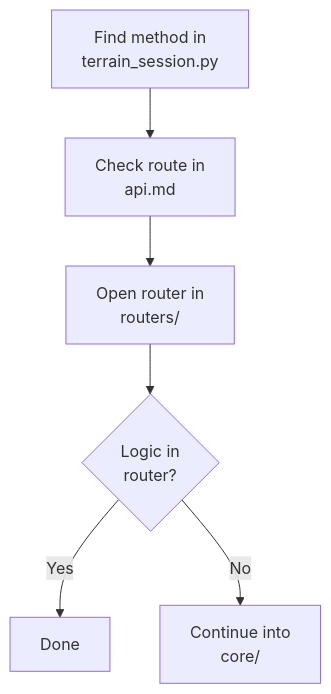
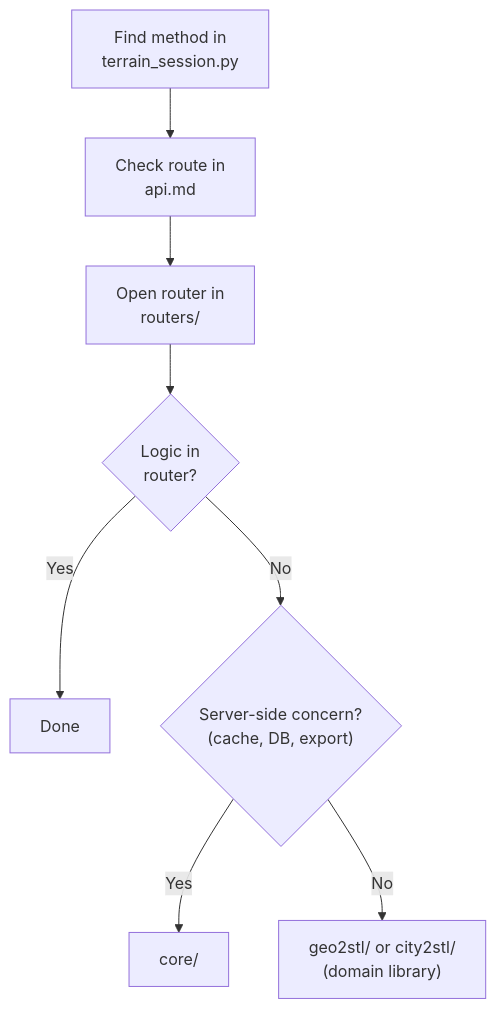
The third of 3 diagrams in docs/sdk-workflow.md (EdgarCardenasDeLaHoz/map2stl), drawn with Mermaid before and after one commit. The commit also changed other lines of this file and 8 other files, not shown here.

````diff
--- a/docs/sdk-workflow.md
+++ b/docs/sdk-workflow.md
@@ -70,8 +72,10 @@
 ```mermaid
 flowchart TD
     A["Find method in<br/>terrain_session.py"] --> B["Check route in<br/>api.md"]
     B --> C["Open router in<br/>routers/"]
     C --> D{"Logic in<br/>router?"}
     D -->|Yes| E["Done"]
-    D -->|No| F["Continue into<br/>core/"]
+    D -->|No| F{"Server-side concern?<br/>(cache, DB, export)"}
+    F -->|Yes| G["core/"]
+    F -->|No| H["geo2stl/ or city2stl/<br/>(domain library)"]
 ```
````
